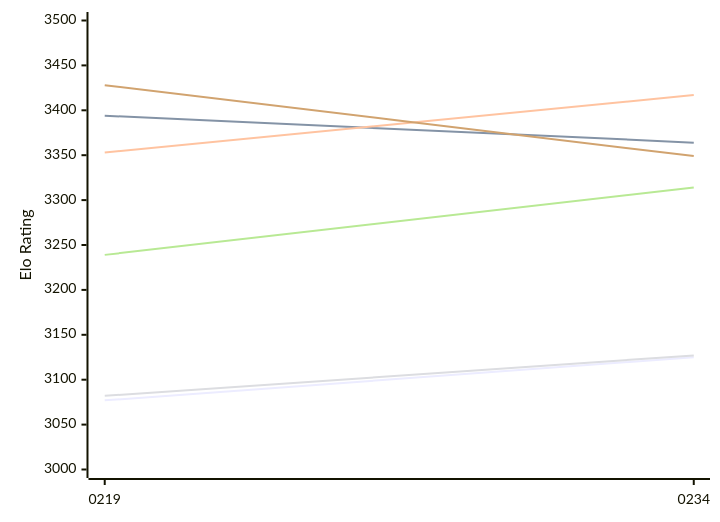
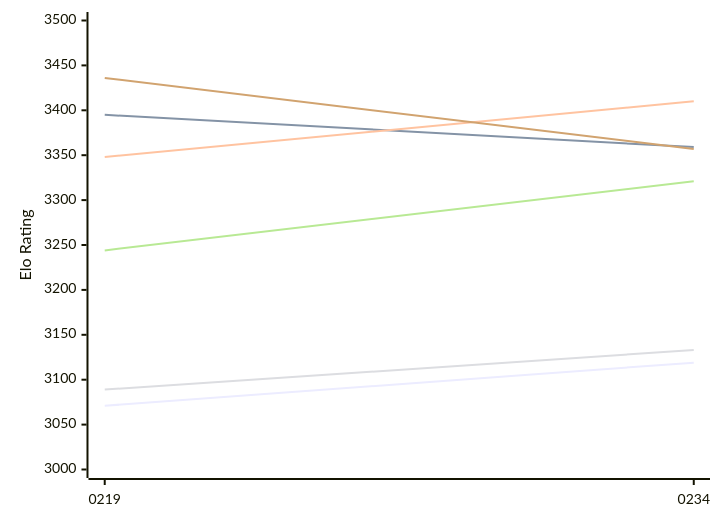
One commit to computer-chess-index/cci changed the first of 2 diagrams in engines/Ynode.md. Above: the diagram before and after it, drawn with Mermaid. The commit also changed other lines of this file, not shown here.

Commit message:
Update CCI Ratings (ELO VLTC) - 2026-11-18

````diff
--- a/engines/Ynode.md
+++ b/engines/Ynode.md
@@ -50,12 +50,12 @@
 ```mermaid
 %%{init: {"theme":"base","themeVariables":{"seriesColors:['#a3a3a3','#222221','#faa371']}}}%%
 xychart-beta
   x-axis ["0219", "0234"]
   y-axis "Elo Rating" 3000 --> 3500
-  line "E1: STC (8.0+0.08s)" [3077, 3125]
-  line "E1: LTC (60.0+0.60s)" [3394, 3364]
-  line "E1: VLTC (2m24s+1.12s)" [3353, 3417]
-  line "P1: STC (8.0+0.08s)" [3082, 3127]
-  line "P1: LTC (60.0+0.60s)" [3239, 3314]
-  line "P1: VLTC (2m24s+1.12s)" [3428, 3349]
+  line "E1: STC (8.0+0.08s)" [3071, 3119]
+  line "E1: LTC (60.0+0.60s)" [3395, 3359]
+  line "E1: VLTC (2m24s+1.12s)" [3348, 3410]
+  line "P1: STC (8.0+0.08s)" [3089, 3133]
+  line "P1: LTC (60.0+0.60s)" [3244, 3321]
+  line "P1: VLTC (2m24s+1.12s)" [3436, 3357]
 ```
````
